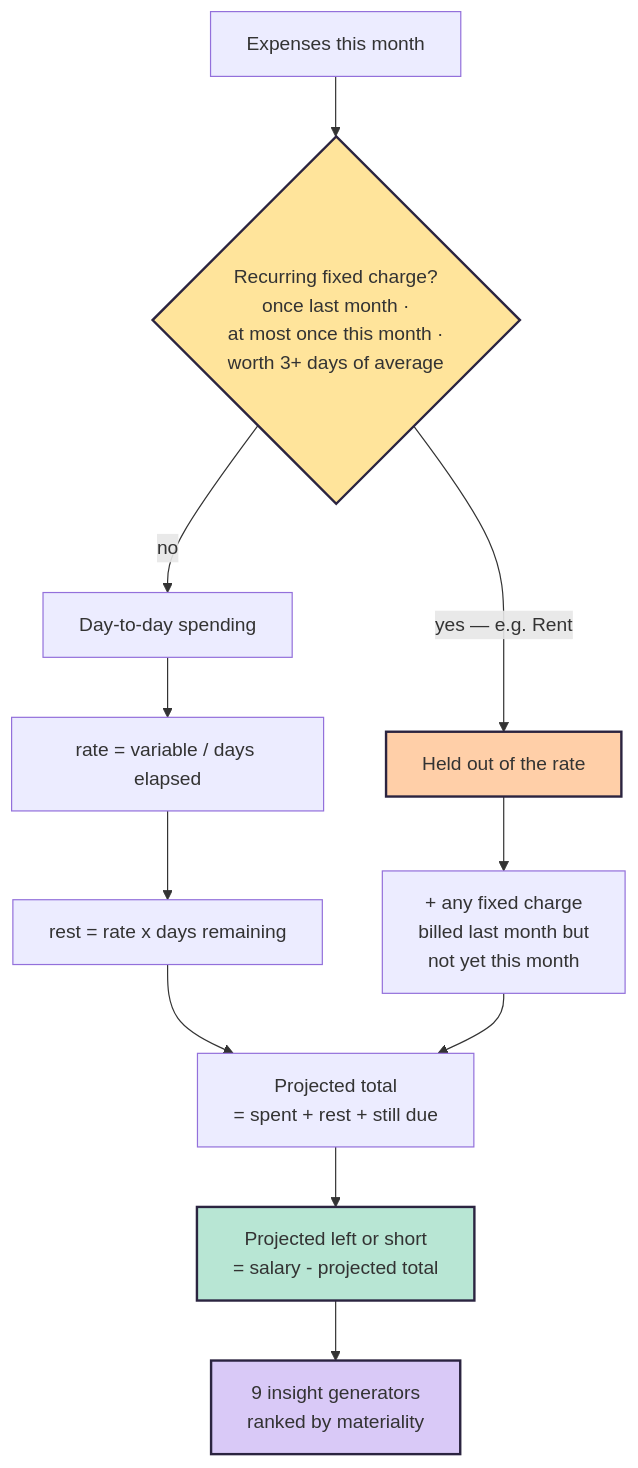
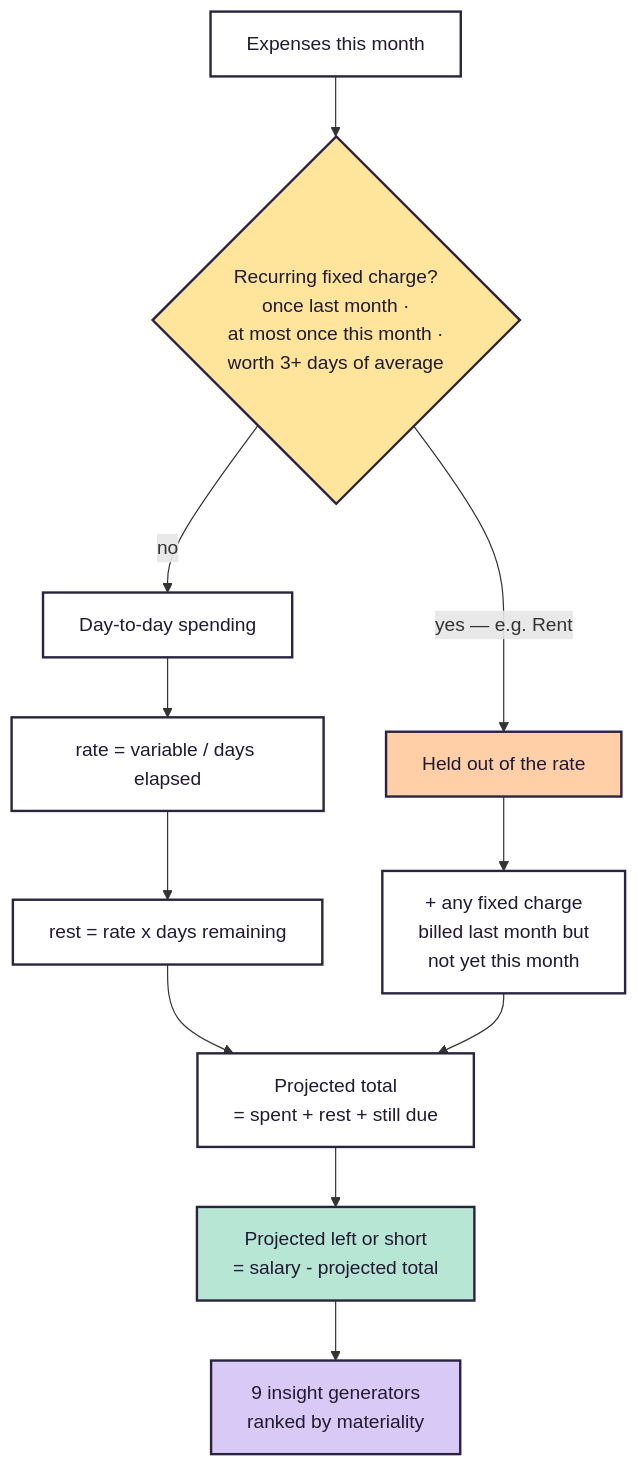
Before and after one commit to AuvroIslam/lsh26-t033-p12: the third of 6 diagrams in README.md, drawn with Mermaid. The commit also changed other lines of this file, not shown here.

First line of the commit message:
Fix diagram contrast and use the slides as illustration, not a gallery

````diff
--- a/README.md
+++ b/README.md
@@ -198,18 +228,26 @@
 ```mermaid
 flowchart TB
+    classDef default fill:#ffffff,stroke:#2b2440,stroke-width:2px,color:#201a33;
     A["Expenses this month"] --> B{"Recurring fixed charge?<br/>once last month ·<br/>at most once this month ·<br/>worth 3+ days of average"}
     B -->|"no"| D["Day-to-day spending"]
     B -->|"yes — e.g. Rent"| C["Held out of the rate"]
     D --> E["rate = variable / days elapsed"]
     E --> F["rest = rate x days remaining"]
     C --> G["+ any fixed charge<br/>billed last month but<br/>not yet this month"]
     F --> H["Projected total<br/>= spent + rest + still due"]
     G --> H
     H --> I["Projected left or short<br/>= salary - projected total"]
     I --> J["9 insight generators<br/>ranked by materiality"]
 
-    style B fill:#ffe49b,stroke:#2b2440,stroke-width:2px
-    style C fill:#ffcfa8,stroke:#2b2440,stroke-width:2px
-    style I fill:#b8e6d4,stroke:#2b2440,stroke-width:2px
-    style J fill:#d9c9f7,stroke:#2b2440,stroke-width:2px
+    classDef lav fill:#f4f0fd,stroke:#2b2440,stroke-width:2px,color:#201a33;
+    classDef lilac fill:#d9c9f7,stroke:#2b2440,stroke-width:2px,color:#201a33;
+    classDef mint fill:#b8e6d4,stroke:#2b2440,stroke-width:2px,color:#201a33;
+    classDef butter fill:#ffe49b,stroke:#2b2440,stroke-width:2px,color:#201a33;
+    classDef peach fill:#ffcfa8,stroke:#2b2440,stroke-width:2px,color:#201a33;
+    classDef blush fill:#ffc9d9,stroke:#2b2440,stroke-width:2px,color:#201a33;
+    classDef sky fill:#bcd9f7,stroke:#2b2440,stroke-width:2px,color:#201a33;
+    class B butter;
+    class C peach;
+    class I mint;
+    class J lilac;
 ```
````
